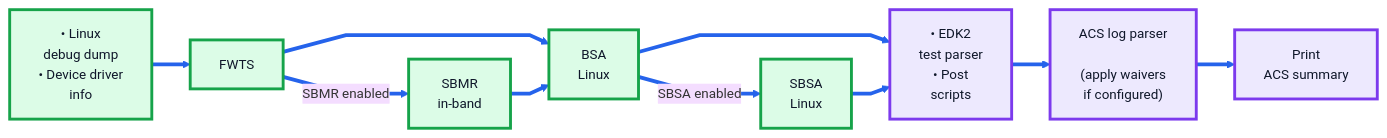
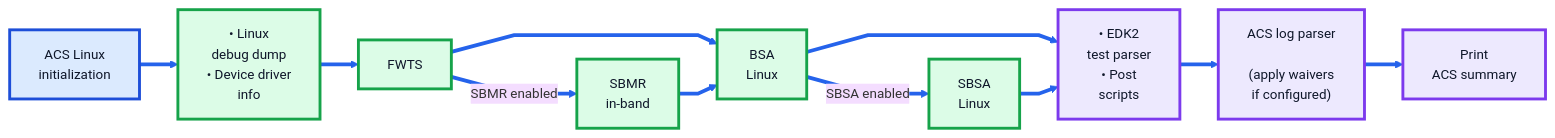
Before and after one commit to manjunath3divakar/arm-systemready: the fifth of 6 diagrams in docs/systemready_band_flow.md, drawn with Mermaid. The commit also changed other lines of this file, not shown here.

First line of the commit message:
Refine UEFI and Linux ACS flowcharts

````diff
--- a/docs/systemready_band_flow.md
+++ b/docs/systemready_band_flow.md
@@ -262,43 +273,46 @@
 ```mermaid
 %%{init: {
   "theme": "base",
   "flowchart": {
     "curve": "linear",
     "nodeSpacing": 30,
     "rankSpacing": 40
   },
   "themeVariables": {
     "fontFamily": "Arial",
     "fontSize": "14px",
     "primaryBorderColor": "#0f172a",
     "lineColor": "#2563eb",
     "tertiaryColor": "#ffffff"
   }
 }}%%
 
 flowchart LR
 
     linkStyle default stroke:#2563eb,stroke-width:4px;
 
-    A["• Linux<br/>  debug dump<br/>• Device driver<br/>  info"]
-    A --> B["FWTS"]
+    A["ACS Linux<br/>initialization"]
+    A --> B["• Linux<br/>  debug dump<br/>• Device driver<br/>  info"]
+    B --> C["FWTS"]
 
-    B --> C["BSA<br/>Linux"]
+    C --> D["BSA<br/>Linux"]
 
-    B -->|"SBMR enabled"| D["SBMR<br/>in-band"]
-    D --> C
+    C -->|"SBMR enabled"| E["SBMR<br/>in-band"]
+    E --> D
 
-    C --> E["• EDK2<br/>  test parser<br/>• Post<br/>  scripts"]
+    D --> F["• EDK2<br/>  test parser<br/>• Post<br/>  scripts"]
 
-    C -->|"SBSA enabled"| F["SBSA<br/>Linux"]
-    F --> E
+    D -->|"SBSA enabled"| G["SBSA<br/>Linux"]
+    G --> F
 
-    E --> G["ACS log parser<br/><br/>(apply waivers<br/>if configured)"]
-    G --> H["Print<br/>ACS summary"]
+    F --> H["ACS log parser<br/><br/>(apply waivers<br/>if configured)"]
+    H --> I["Print<br/>ACS summary"]
 
+    classDef entry fill:#dbeafe,stroke:#1d4ed8,stroke-width:3px,color:#0f172a;
     classDef linux fill:#dcfce7,stroke:#16a34a,stroke-width:3px,color:#0f172a;
     classDef result fill:#ede9fe,stroke:#7c3aed,stroke-width:3px,color:#0f172a;
 
-    class A,B,C,D,F linux;
-    class E,G,H result;
+    class A entry;
+    class B,C,D,E,G linux;
+    class F,H,I result;
 ```
````
